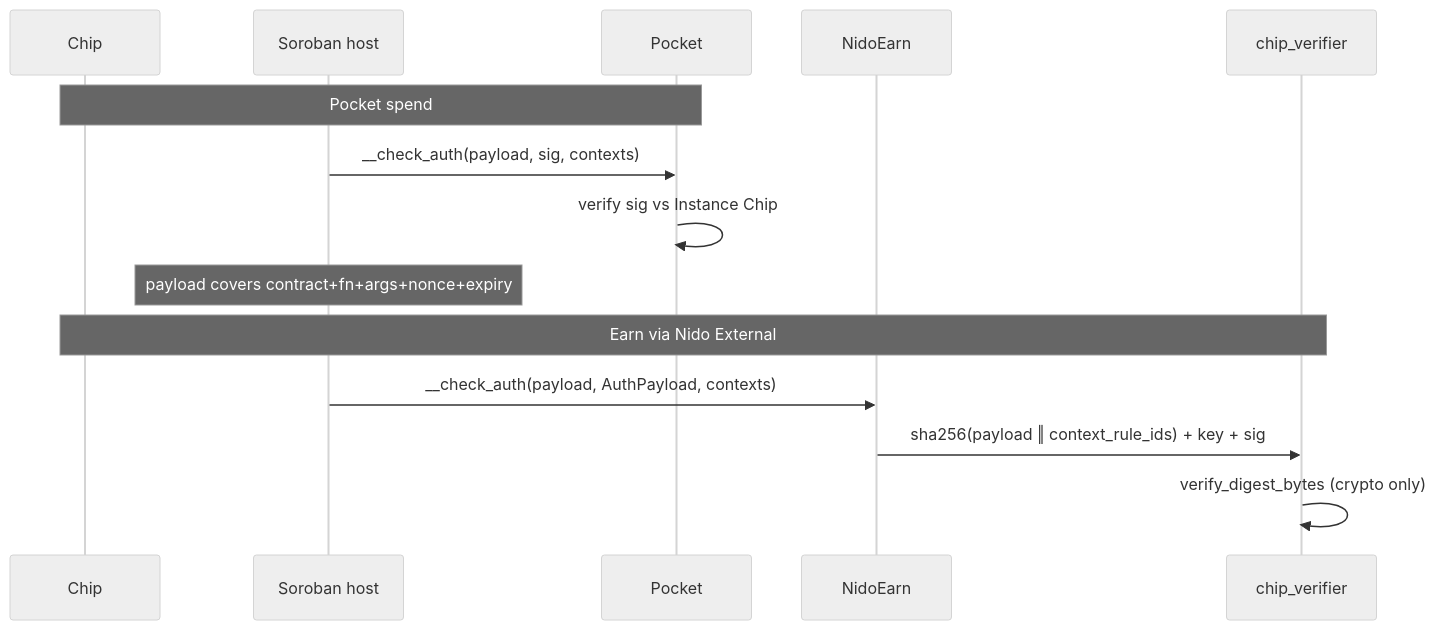
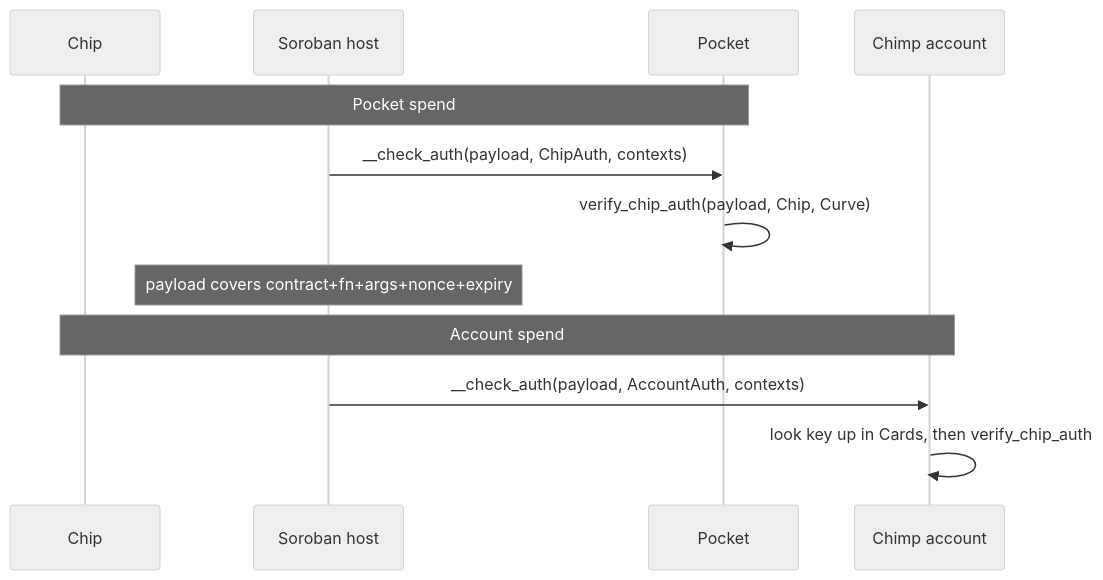
The diagram in docs/AUTH.md (Consulting-Manao/chimpdao-contracts), drawn with Mermaid (neutral theme) before and after one commit. The commit also changed other lines of this file and 46 other files, not shown here.

Commit message:
Account and pocket refactoring

````diff
--- a/docs/AUTH.md
+++ b/docs/AUTH.md
@@ -107,18 +221,16 @@
 ```mermaid
 sequenceDiagram
   participant Chip
   participant Host as Soroban host
   participant Pocket
-  participant Nido as NidoEarn
-  participant Verifier as chip_verifier
+  participant Account as Chimp account
 
   Note over Chip,Pocket: Pocket spend
-  Host->>Pocket: __check_auth(payload, sig, contexts)
-  Pocket->>Pocket: verify sig vs Instance Chip
+  Host->>Pocket: __check_auth(payload, ChipAuth, contexts)
+  Pocket->>Pocket: verify_chip_auth(payload, Chip, Curve)
   Note over Host: payload covers contract+fn+args+nonce+expiry
 
-  Note over Chip,Verifier: Earn via Nido External
-  Host->>Nido: __check_auth(payload, AuthPayload, contexts)
-  Nido->>Verifier: sha256(payload ‖ context_rule_ids) + key + sig
-  Verifier->>Verifier: verify_digest_bytes (crypto only)
+  Note over Chip,Account: Account spend
+  Host->>Account: __check_auth(payload, AccountAuth, contexts)
+  Account->>Account: look key up in Cards, then verify_chip_auth
 ```
````
